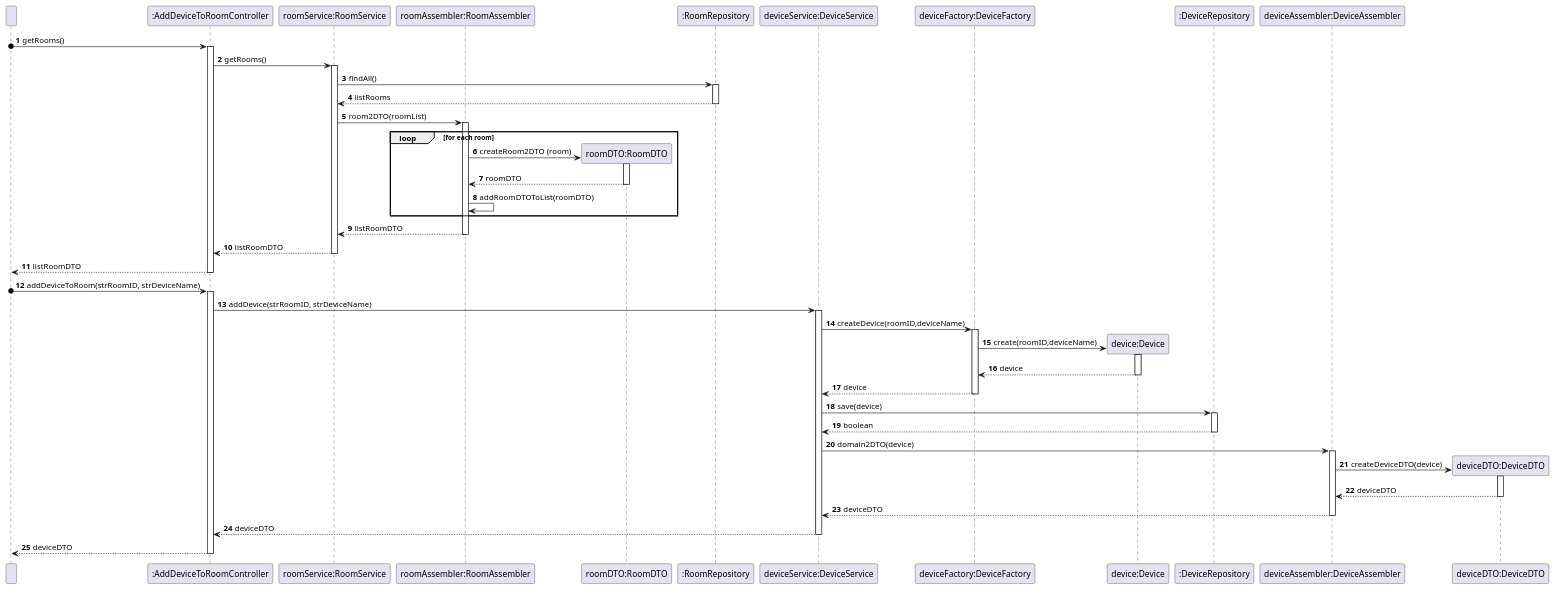
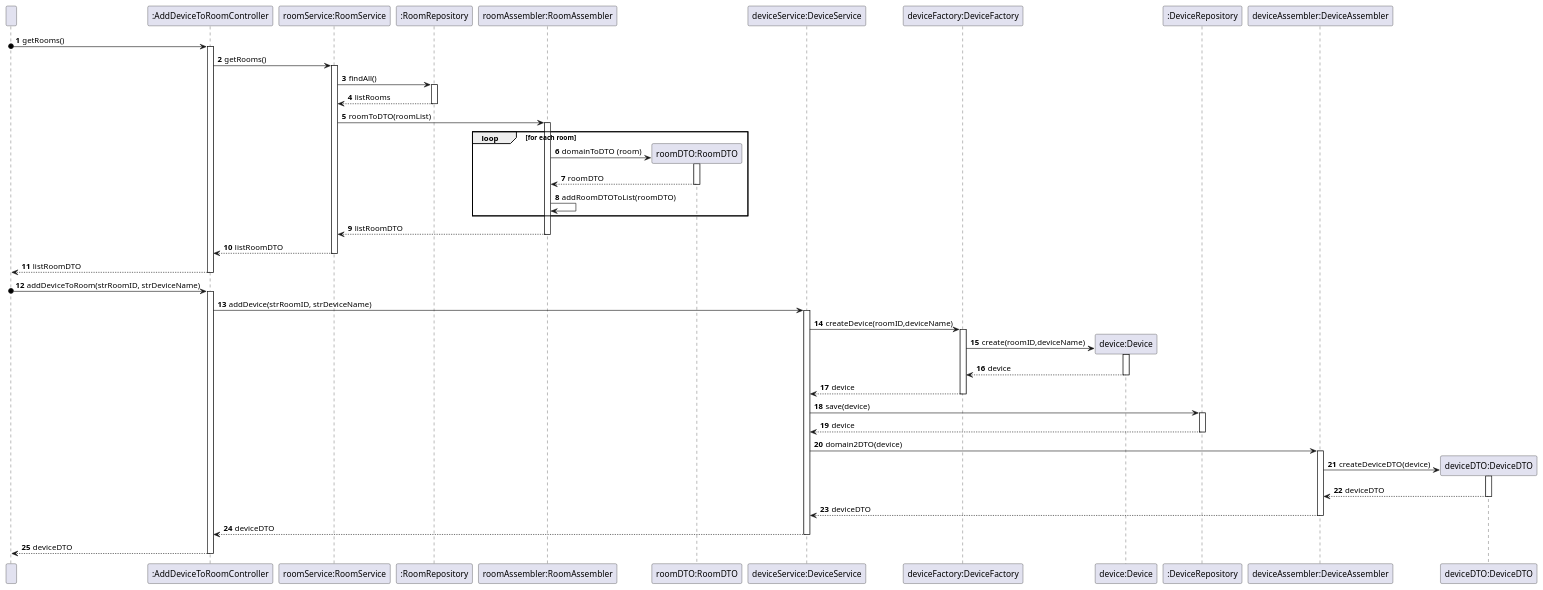
One commit to olivDiogo/SmartHome changed the diagram in docs/ood/sequenceDiagram/US05AddDeviceToRoom.puml. Above: the diagram before and after it, drawn with PlantUML.

Commit message:
#123 minor changes in sequence diagram US05

```diff
--- a/docs/ood/sequenceDiagram/US05AddDeviceToRoom.puml
+++ b/docs/ood/sequenceDiagram/US05AddDeviceToRoom.puml
@@ -1,115 +1,116 @@
 @startuml
 !pragma layout smetana
 
 
 participant  " " as User
 
 participant ":AddDeviceToRoomController" as Controller
 participant "roomService:RoomService" as RoomService
+participant ":RoomRepository" as RoomRepo
+
 participant "roomAssembler:RoomAssembler" as RoomAssembler
 participant "roomDTO:RoomDTO" as RoomDTO
-participant ":RoomRepository" as RoomRepo
 participant "deviceAssembler:DeviceAssembler" as DeviceAssembler
 participant "deviceDTO:DeviceDTO" as DeviceDTO
 participant "device:Device" as Device
 participant "deviceService:DeviceService" as DeviceService
 participant "deviceFactory:DeviceFactory" as Factory
 participant "device :Device" as Device
 participant ":DeviceRepository" as Repository
 participant ":DeviceAssembler" as DeviceAssembler
 participant "deviceDTO :DeviceDTO" as DeviceDTO
 autonumber
 
 User o-> Controller: getRooms()
 
 activate Controller
 
 Controller -> RoomService: getRooms()
 
 activate RoomService
 
 RoomService -> RoomRepo: findAll()
 
 activate RoomRepo
 
 RoomRepo --> RoomService: listRooms
 
 deactivate RoomRepo
 
-RoomService -> RoomAssembler : room2DTO(roomList)
+RoomService -> RoomAssembler : roomToDTO(roomList)
 
 activate RoomAssembler
 
 loop for each room
 
     create RoomDTO
 
-    RoomAssembler -> RoomDTO: createRoom2DTO (room)
+    RoomAssembler -> RoomDTO: domainToDTO (room)
 
      activate RoomDTO
 
      RoomDTO --> RoomAssembler: roomDTO
 
       deactivate RoomDTO
 
      RoomAssembler -> RoomAssembler: addRoomDTOToList(roomDTO)
 
 end
 RoomAssembler --> RoomService: listRoomDTO
 
 deactivate RoomAssembler
 
 RoomService --> Controller: listRoomDTO
 
 deactivate RoomService
 Controller --> User : listRoomDTO
 deactivate Controller
 
 
 User o-> Controller : addDeviceToRoom(strRoomID, strDeviceName)
 activate Controller
 
 Controller -> DeviceService : addDevice(strRoomID, strDeviceName)
 activate DeviceService
 
 DeviceService -> Factory : createDevice(roomID,deviceName)
 activate Factory
 
 create Device
 Factory -> Device : create(roomID,deviceName)
 
 activate Device
 Device --> Factory : device
 
 deactivate Device
 Factory --> DeviceService : device
 
 deactivate Factory
 DeviceService -> Repository : save(device)
 
 activate Repository
 
-Repository --> DeviceService : boolean
+Repository --> DeviceService : device
 deactivate Repository
 
 
 DeviceService -> DeviceAssembler : domain2DTO(device)
 create DeviceDTO
 
 activate DeviceAssembler
 DeviceAssembler -> DeviceDTO : createDeviceDTO(device)
 
 activate DeviceDTO
 DeviceDTO --> DeviceAssembler : deviceDTO
 deactivate DeviceDTO
 
 DeviceAssembler --> DeviceService : deviceDTO
 deactivate DeviceAssembler
 
 
 DeviceService --> Controller : deviceDTO
 deactivate DeviceService
 
 Controller --> User : deviceDTO
 deactivate Controller
 @enduml
```
